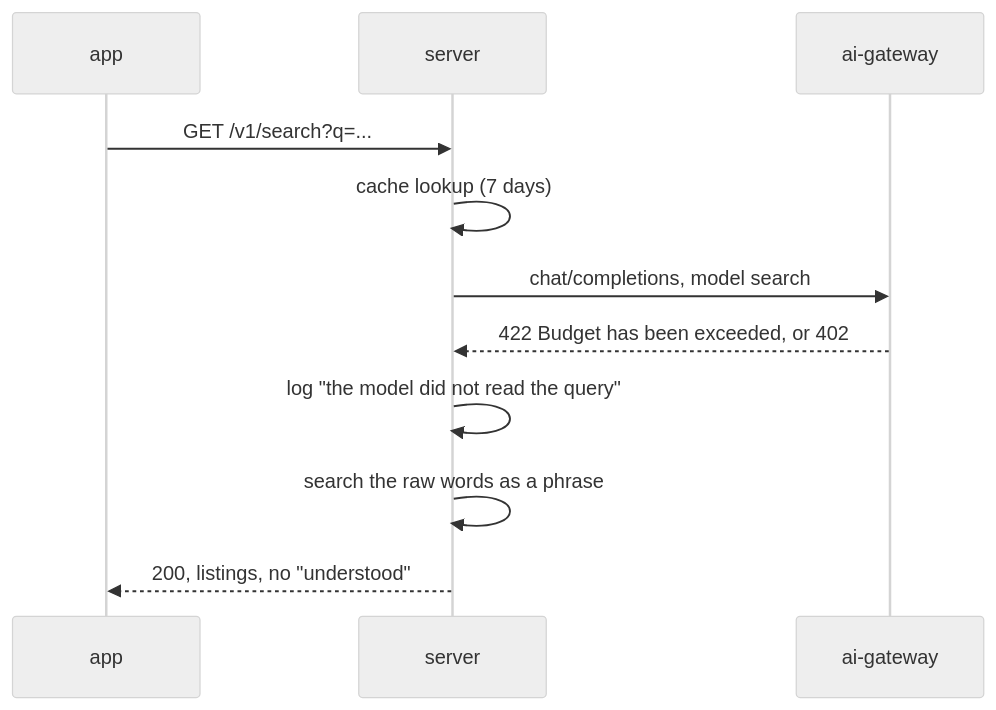
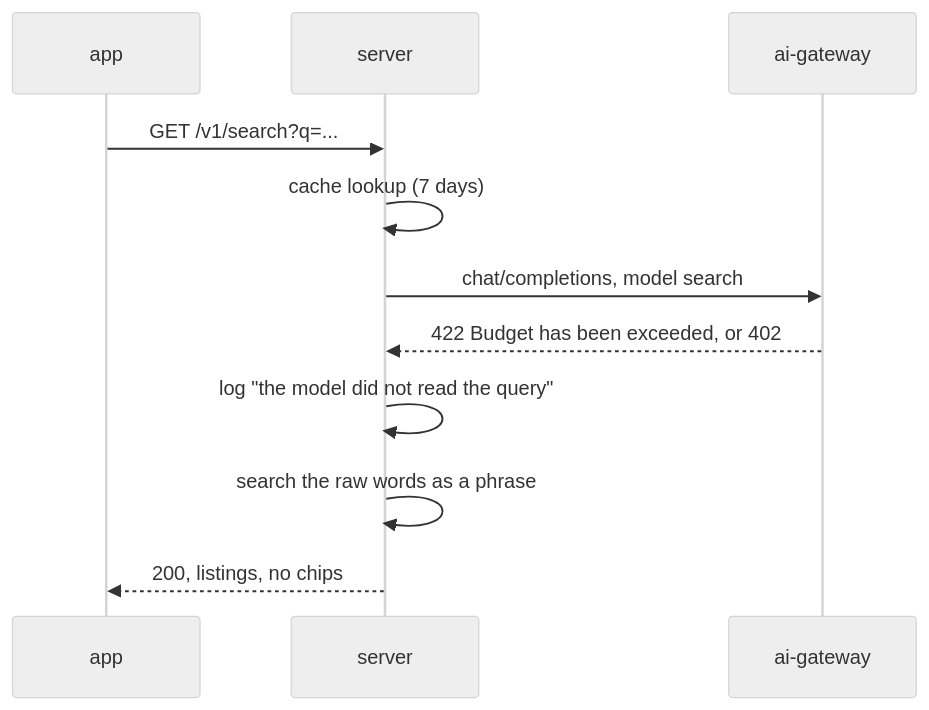
The sixth of 6 diagrams in web/src/content/docs/en/operations/cluster/llm-gateway.mdx (shopnexus/docs), drawn with Mermaid (neutral theme) before and after one commit. The commit also changed other lines of this file and 1 other file, not shown here.

Commit message:
llm-gateway: a failed model call leaves the page without chips
The server no longer sends understood, so the page names what is missing
as the chips and the boosts.

````diff
--- a/web/src/content/docs/en/operations/cluster/llm-gateway.mdx
+++ b/web/src/content/docs/en/operations/cluster/llm-gateway.mdx
@@ -246,13 +246,13 @@
 ```mermaid title="Search when ai-gateway refuses"
 sequenceDiagram
   participant App as app
   participant S as server
   participant G as ai-gateway
   App->>S: GET /v1/search?q=...
   S->>S: cache lookup (7 days)
   S->>G: chat/completions, model search
   G-->>S: 422 Budget has been exceeded, or 402
   S->>S: log "the model did not read the query"
   S->>S: search the raw words as a phrase
-  S-->>App: 200, listings, no "understood"
+  S-->>App: 200, listings, no chips
 ```
````
